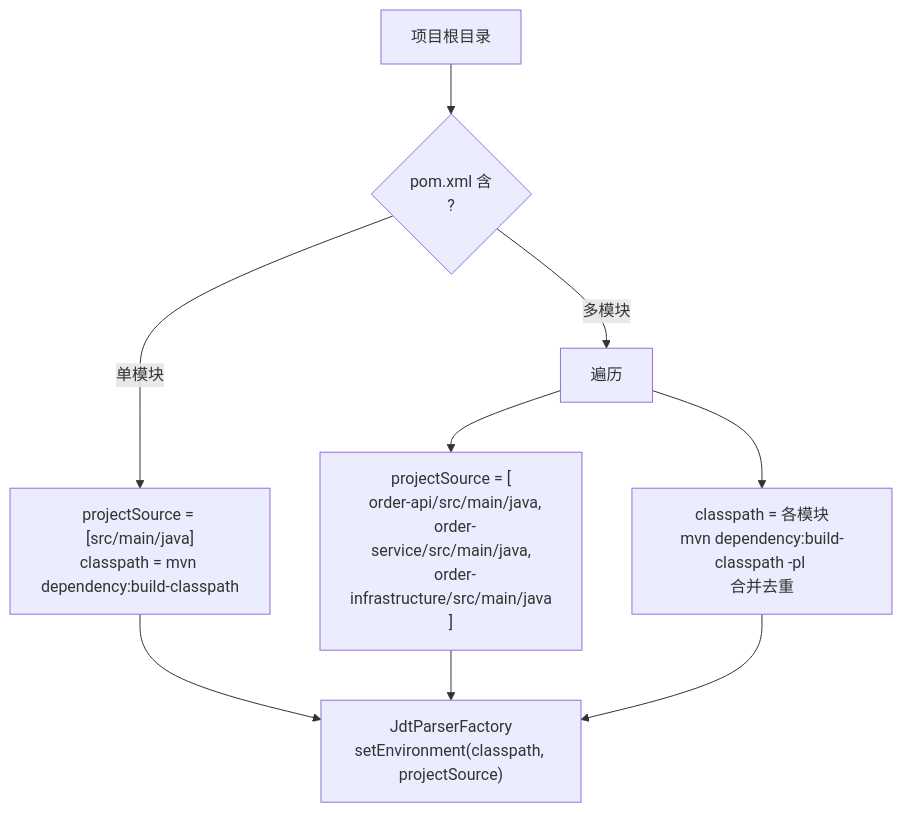
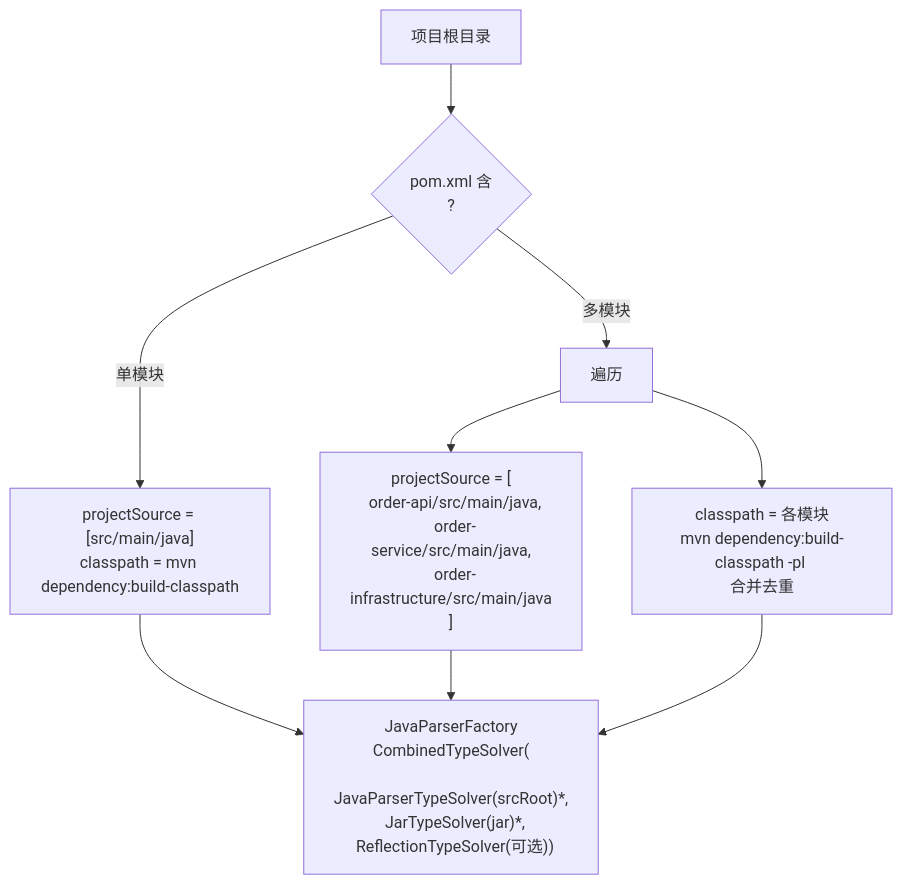
Before and after one commit to stream-iori/anatomist: the first of 5 diagrams in docs/scenario-1-index.md, drawn with Mermaid. The commit also changed other lines of this file and 51 other files, not shown here.

First line of the commit message:
Replace JDT with JavaParser + SymbolSolver

````diff
--- a/docs/scenario-1-index.md
+++ b/docs/scenario-1-index.md
@@ -133,12 +133,12 @@
 ```mermaid
 flowchart TD
     ROOT["项目根目录"] --> DETECT{"pom.xml 含<br/><modules>?"}
     DETECT -->|单模块| SINGLE["projectSource = [src/main/java]<br/>classpath = mvn dependency:build-classpath"]
     DETECT -->|多模块| MULTI["遍历 <modules>"]
     MULTI --> COLLECT_SRC["projectSource = [<br/>  order-api/src/main/java,<br/>  order-service/src/main/java,<br/>  order-infrastructure/src/main/java<br/>]"]
     MULTI --> COLLECT_CP["classpath = 各模块<br/>mvn dependency:build-classpath -pl <module><br/>合并去重"]
-    SINGLE --> JDT
-    COLLECT_SRC --> JDT
-    COLLECT_CP --> JDT
-    JDT["JdtParserFactory<br/>setEnvironment(classpath, projectSource)"]
+    SINGLE --> PARSER
+    COLLECT_SRC --> PARSER
+    COLLECT_CP --> PARSER
+    PARSER["JavaParserFactory<br/>CombinedTypeSolver(<br/>  JavaParserTypeSolver(srcRoot)*,<br/>  JarTypeSolver(jar)*,<br/>  ReflectionTypeSolver(可选))"]
 ```
````
